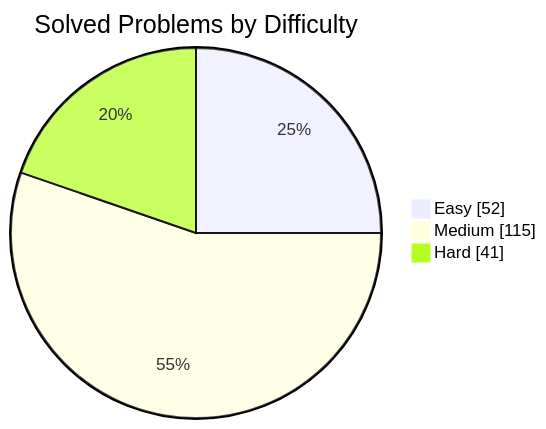
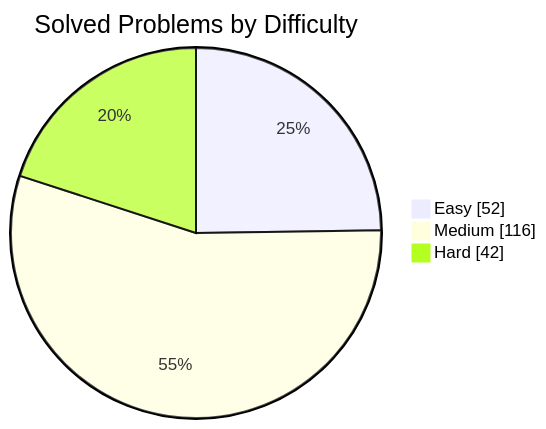
The first of 2 diagrams in README.md (manikantbindass/DSA-Preparation-FAANG), drawn with Mermaid before and after one commit. The commit also changed other lines of this file and 1 other file, not shown here.

````diff
--- a/README.md
+++ b/README.md
@@ -40,7 +40,7 @@
 ```mermaid
 pie showData
     title Solved Problems by Difficulty
     "Easy" : 52
-    "Medium" : 115
-    "Hard" : 41
+    "Medium" : 116
+    "Hard" : 42
 ```
````
